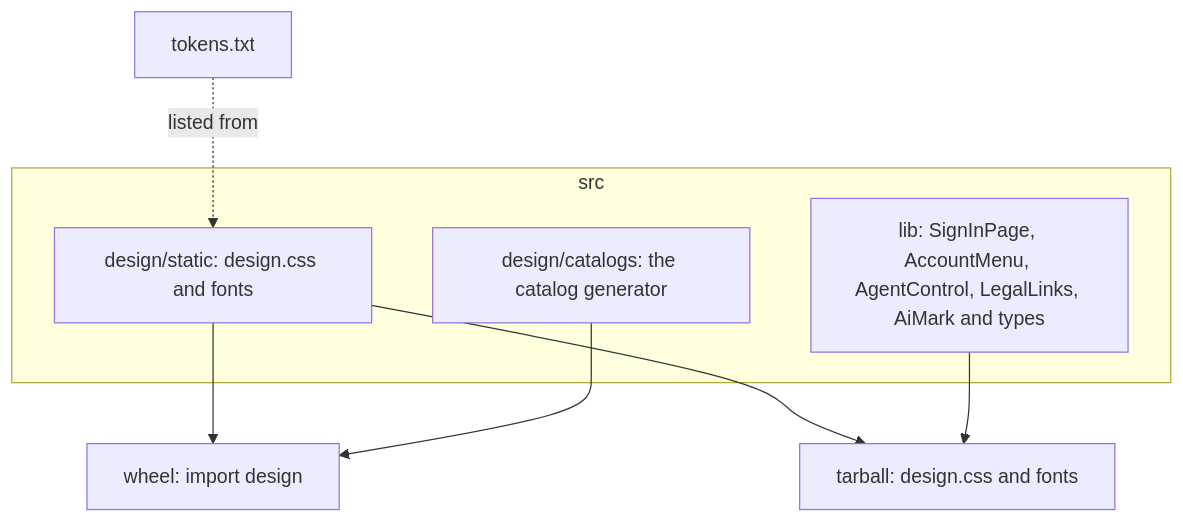
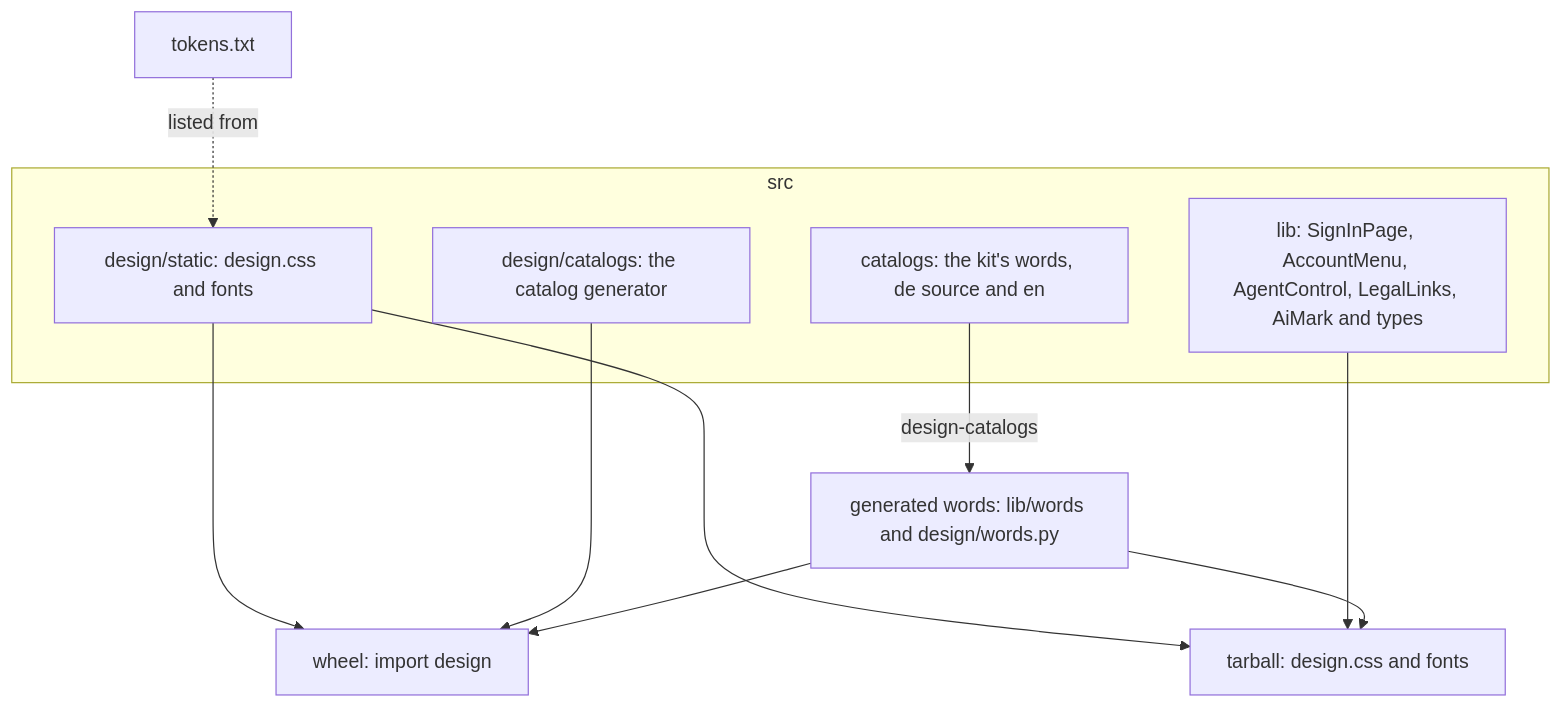
Before and after one commit to overnightworks/appkit: the second of 3 diagrams in docs/ARCHITECTURE.md, drawn with Mermaid. The commit also changed other lines of this file and 19 other files, not shown here.

````diff
--- a/docs/ARCHITECTURE.md
+++ b/docs/ARCHITECTURE.md
@@ -34,13 +34,17 @@
 ```mermaid
 flowchart TB
   subgraph source[src]
     css[design/static: design.css and fonts]
     comp[lib: SignInPage, AccountMenu, AgentControl, LegalLinks, AiMark and types]
     gen[design/catalogs: the catalog generator]
+    cat[catalogs: the kit's words, de source and en]
   end
+  cat -- design-catalogs --> words[generated words: lib/words and design/words.py]
   css --> wheel[wheel: import design]
   gen --> wheel
+  words --> wheel
   css --> tgz[tarball: design.css and fonts]
   comp --> tgz
+  words --> tgz
   tokens[tokens.txt] -. listed from .-> css
 ```
````
